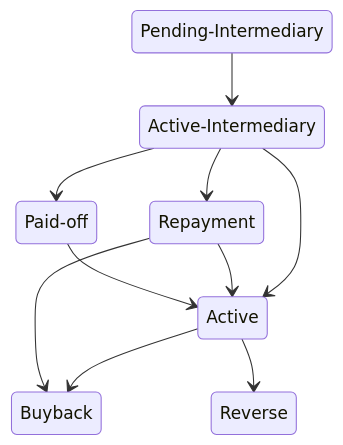
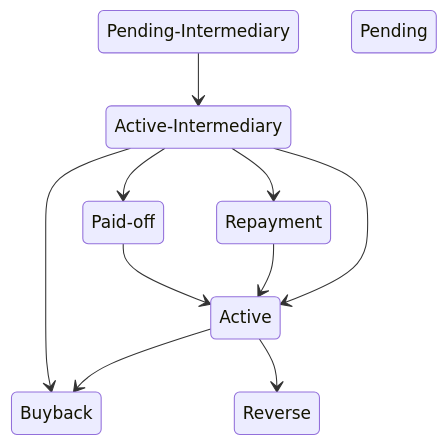
Before and after one commit to Mohit-Davar/pepper-soup: the second of 2 diagrams in docs/gitbook/user/assets-investors/investor-module-enhancements.md, drawn with Mermaid. The commit also changed other lines of this file and 1071 other files, not shown here.

````diff
--- a/docs/gitbook/user/assets-investors/investor-module-enhancements.md
+++ b/docs/gitbook/user/assets-investors/investor-module-enhancements.md
@@ -89,19 +82,20 @@
 ```mermaid
 stateDiagram-v2
   state "Pending-Intermediary" as n1
   state "Active-Intermediary" as n2
-  state "Active" as n3
-  state "Buyback" as n4
-  state "Repayment" as n5
-  state "Paid-off" as n6
-  state "Reverse" as n7
+  state "Pending" as n3
+  state "Active" as n4
+  state "Buyback" as n5
+  state "Repayment" as n6
+  state "Paid-off" as n7
+  state "Reverse" as n8
   n1 --> n2
-  n2 --> n3
-  n3 --> n4
+  n2 --> n4
+  n4 --> n5
+  n2 --> n6
+  n6 --> n4
+  n4 --> n8
+  n2 --> n7
+  n7 --> n4
   n2 --> n5
-  n5 --> n3
-  n3 --> n7
-  n5 --> n4
-  n2 --> n6
-  n6 --> n3
 ```
````
